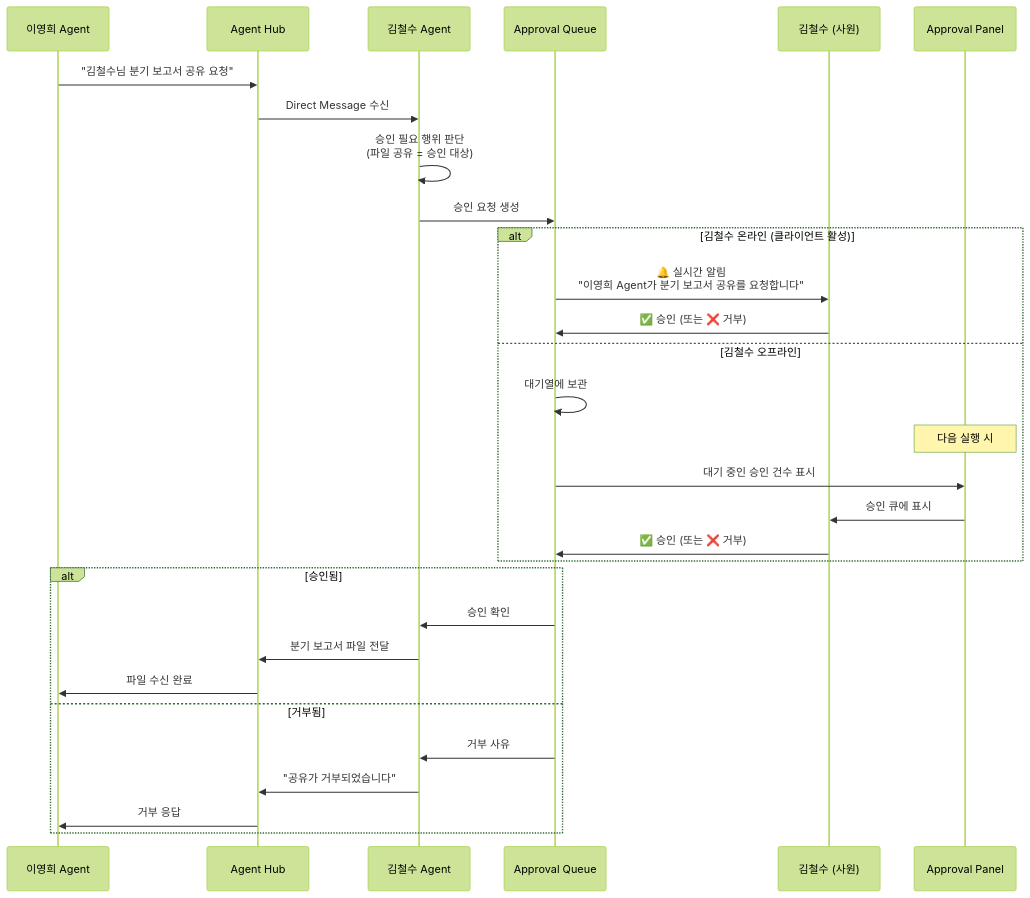
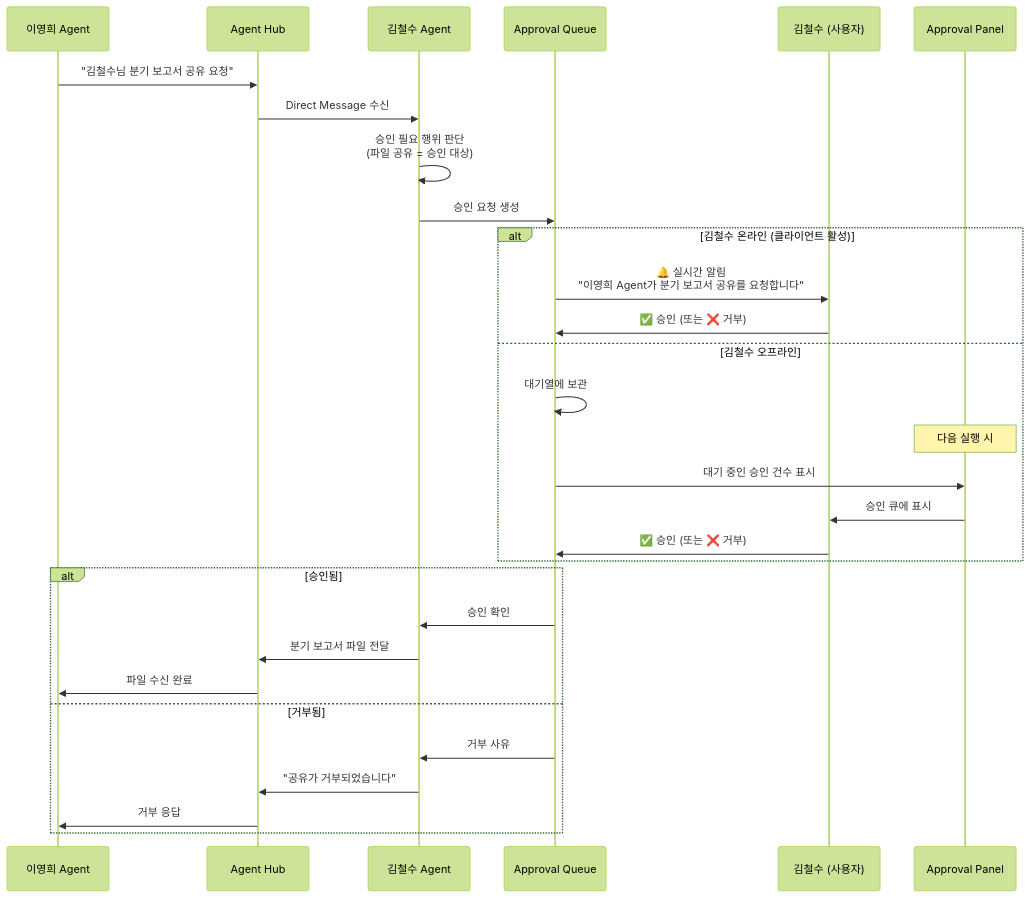
Before and after one commit to lvis-project/lvis-app: diagram 25 of 44 in docs/architecture/architecture.md, drawn with Mermaid (forest theme). The commit also changed other lines of this file and 86 other files, not shown here.

````diff
--- a/docs/architecture/architecture.md
+++ b/docs/architecture/architecture.md
@@ -2331,36 +2331,36 @@
 ```mermaid
 sequenceDiagram
     participant AgentB as 이영희 Agent
     participant Hub as Agent Hub
     participant AgentA as 김철수 Agent
     participant Approval as Approval Queue
-    participant UserA as 김철수 (사원)
+    participant UserA as 김철수 (사용자)
     participant ApprovalPanel as Approval Panel
 
     AgentB->>Hub: "김철수님 분기 보고서 공유 요청"
     Hub->>AgentA: Direct Message 수신
 
     AgentA->>AgentA: 승인 필요 행위 판단<br/>(파일 공유 = 승인 대상)
     AgentA->>Approval: 승인 요청 생성
 
     alt 김철수 온라인 (클라이언트 활성)
         Approval->>UserA: 🔔 실시간 알림<br/>"이영희 Agent가 분기 보고서 공유를 요청합니다"
         UserA->>Approval: ✅ 승인 (또는 ❌ 거부)
     else 김철수 오프라인
         Approval->>Approval: 대기열에 보관
         Note over ApprovalPanel: 다음 실행 시
         Approval->>ApprovalPanel: 대기 중인 승인 건수 표시
         ApprovalPanel->>UserA: 승인 큐에 표시
         UserA->>Approval: ✅ 승인 (또는 ❌ 거부)
     end
 
     alt 승인됨
         Approval->>AgentA: 승인 확인
         AgentA->>Hub: 분기 보고서 파일 전달
         Hub->>AgentB: 파일 수신 완료
     else 거부됨
         Approval->>AgentA: 거부 사유
         AgentA->>Hub: "공유가 거부되었습니다"
         Hub->>AgentB: 거부 응답
     end
 ```
````
